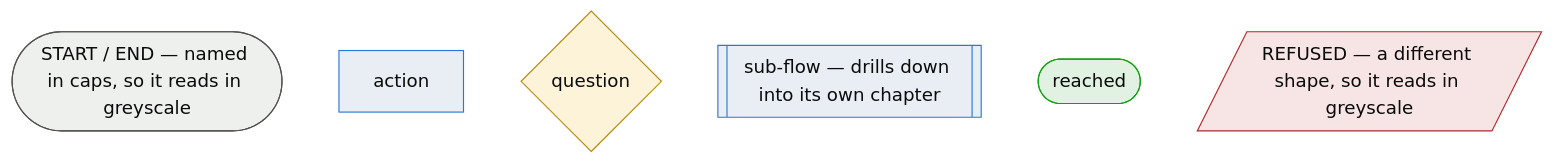
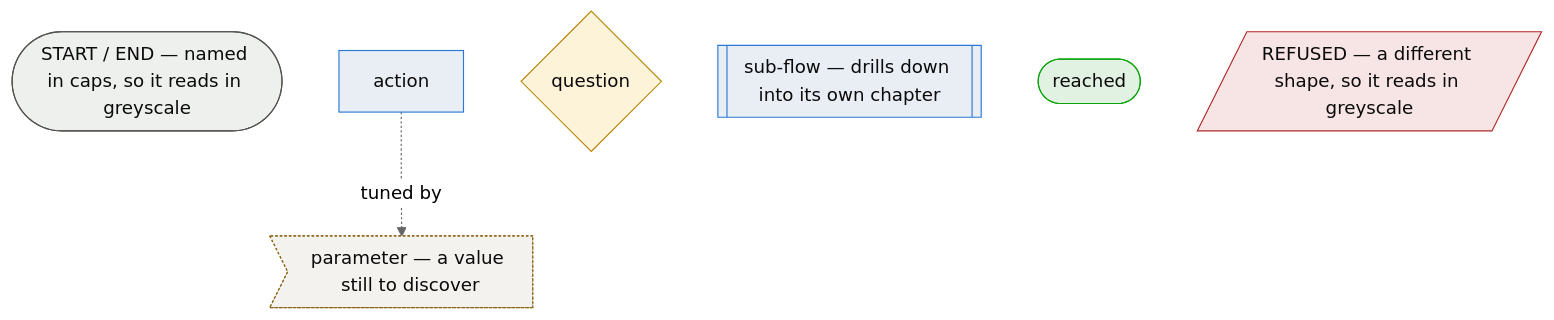
One commit to plumbspec/goldspec changed the diagram in spec/diagrams/legend.md. Above: the diagram before and after it, drawn with Mermaid (neutral theme). The commit also changed other lines of this file and 8 other files, not shown here.

````diff
--- a/spec/diagrams/legend.md
+++ b/spec/diagrams/legend.md
@@ -6,16 +6,19 @@
 ```mermaid
 flowchart TD
     LT([START / END — named in caps, so it reads in greyscale]):::terminal
     LA[action]:::process
     LD{question}:::question
     LS[[sub-flow — drills down into its own chapter]]:::subroutine
     LG([reached]):::good
     LB[/REFUSED — a different shape, so it reads in greyscale/]:::bad
+    LP>"parameter — a value still to discover"]:::parameter
+    LA -.tuned by.-> LP
 
     classDef terminal fill:#eef0ee,stroke:#52514e,color:#0b0b0b;
     classDef process fill:#e9eef5,stroke:#2a78d6,color:#0b0b0b;
     classDef question fill:#fdf3d8,stroke:#b8860b,color:#0b0b0b;
     classDef subroutine fill:#e9eef5,stroke:#2a78d6,color:#0b0b0b;
     classDef good fill:#e2f2e2,stroke:#0ca30c,color:#0b0b0b;
     classDef bad fill:#f7e4e4,stroke:#b02a2a,color:#0b0b0b;
+    classDef parameter fill:#f4f2ee,stroke:#8a6212,color:#0b0b0b,stroke-dasharray:2 2;
 ```
````
